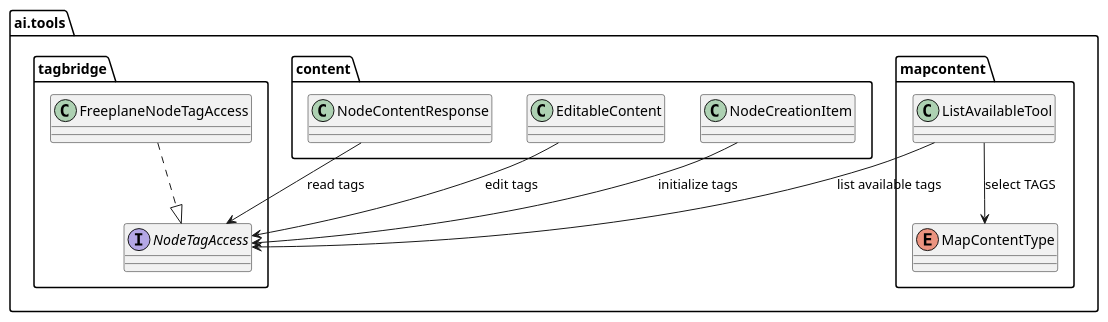
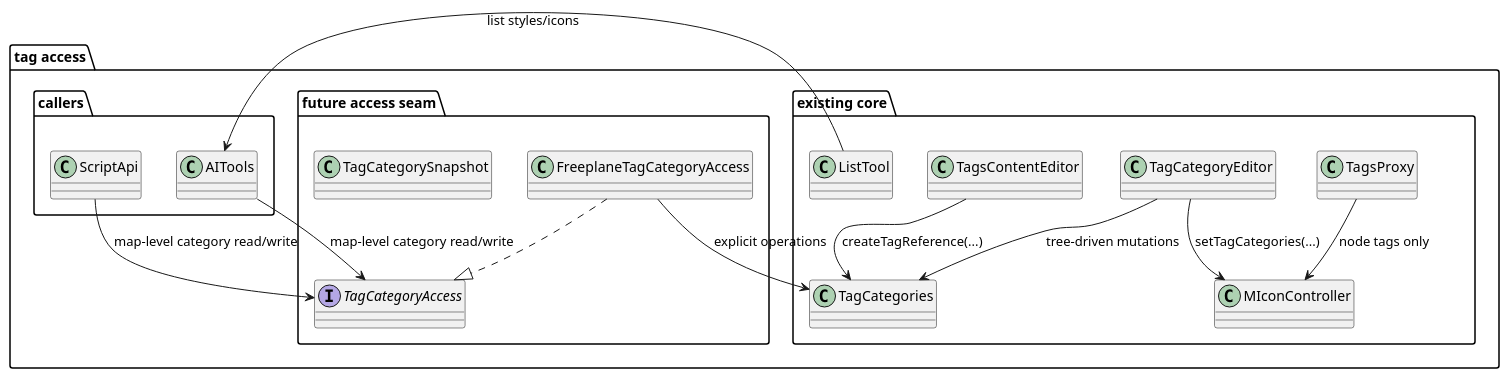
Before and after one commit to guoranjun2/nexordia: the first of 7 diagrams in ai-specs/tasks/in-progress/expose-node-tags-to-ai-tools.md, drawn with PlantUML. The commit also changed other lines of this file and 2 other files, not shown here.

Commit message:
Add tag category characterization baseline tests (2026-02-20-expose-tags-ai-tools)

````diff
--- a/ai-specs/tasks/in-progress/expose-node-tags-to-ai-tools.md
+++ b/ai-specs/tasks/in-progress/expose-node-tags-to-ai-tools.md
@@ -33,27 +77,34 @@
 ```plantuml
 @startuml
 set separator none
-package "ai.tools" {
-  package "content" {
-    class NodeContentResponse
-    class EditableContent
-    class NodeCreationItem
+package "tag access" {
+  package "existing core" {
+    class TagCategoryEditor
+    class TagCategories
+    class MIconController
+    class TagsProxy
+    class TagsContentEditor
+    class ListTool
   }
-  package "mapcontent" {
-    enum MapContentType
-    class ListAvailableTool
+  package "future access seam" {
+    interface TagCategoryAccess
+    class FreeplaneTagCategoryAccess
+    class TagCategorySnapshot
   }
-  package "tagbridge" {
-    interface NodeTagAccess
-    class FreeplaneNodeTagAccess
+  package "callers" {
+    class ScriptApi
+    class AITools
   }
 }
 
-NodeContentResponse --> NodeTagAccess : read tags
-EditableContent --> NodeTagAccess : edit tags
-NodeCreationItem --> NodeTagAccess : initialize tags
-ListAvailableTool --> MapContentType : select TAGS
-ListAvailableTool --> NodeTagAccess : list available tags
-FreeplaneNodeTagAccess ..|> NodeTagAccess
+TagCategoryEditor --> TagCategories : tree-driven mutations
+TagCategoryEditor --> MIconController : setTagCategories(...)
+TagsProxy --> MIconController : node tags only
+TagsContentEditor --> TagCategories : createTagReference(...)
+ListTool --> AITools : list styles/icons
+ScriptApi --> TagCategoryAccess : map-level category read/write
+AITools --> TagCategoryAccess : map-level category read/write
+FreeplaneTagCategoryAccess ..|> TagCategoryAccess
+FreeplaneTagCategoryAccess --> TagCategories : explicit operations
 @enduml
 ```
````
